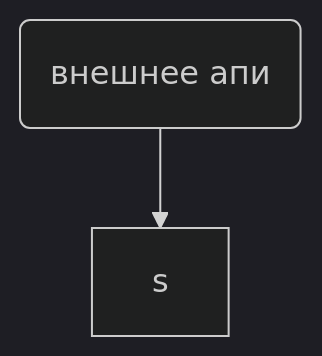
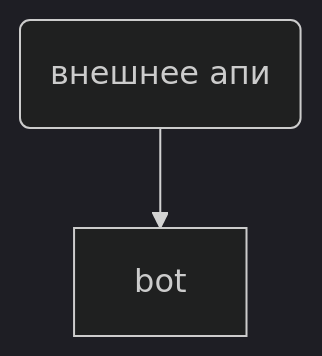
One commit to ingego/provider_info changed the diagram in daily/tasks/tasks.md. Above: the diagram before and after it, drawn with Mermaid (dark theme).

Commit message:
auto-commit

````diff
--- a/daily/tasks/tasks.md
+++ b/daily/tasks/tasks.md
@@ -31,6 +31,6 @@
 ```mermaid 
 flowchart TD 
 
 id(внешнее апи)
-id-->s
+id-->bot
 ```
````
